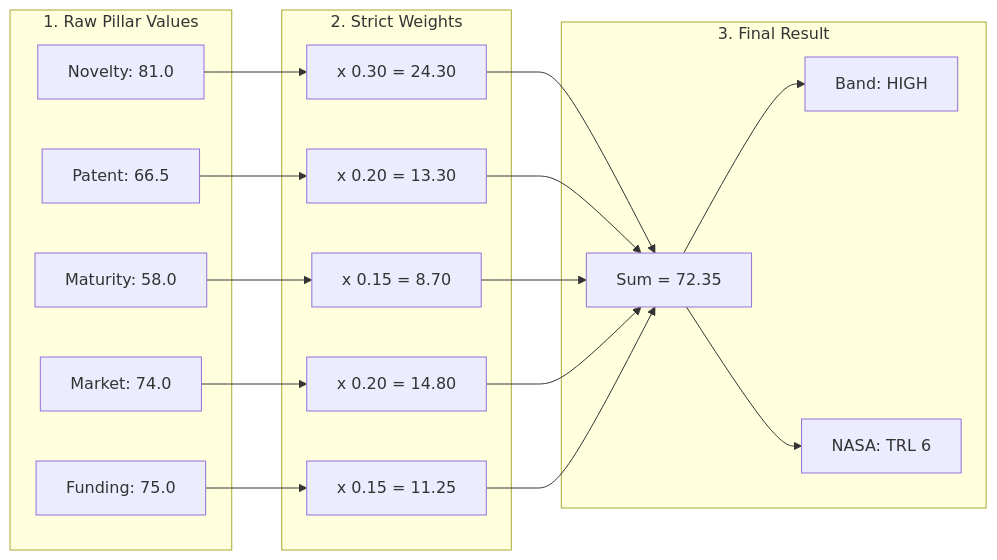
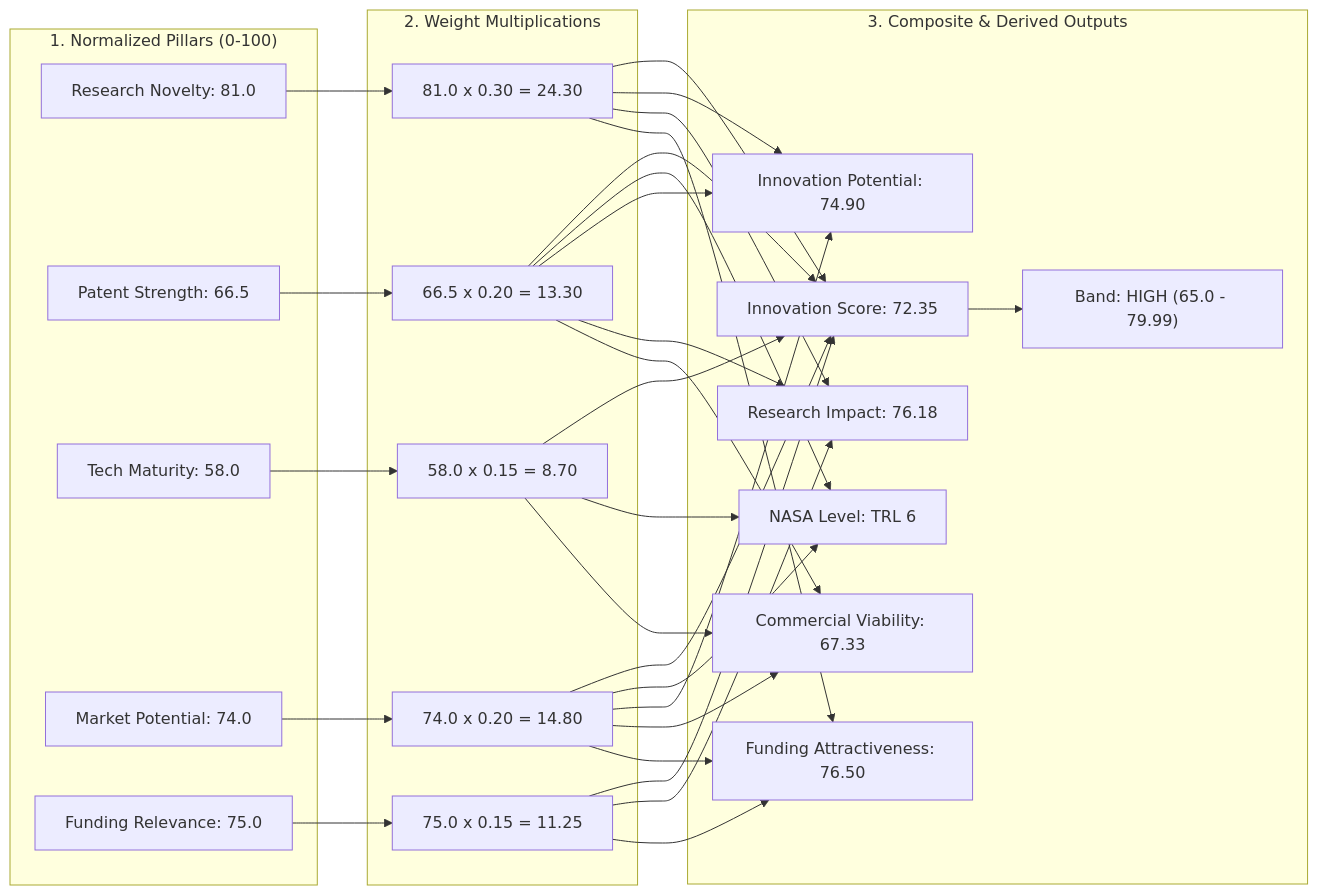
The third of 6 diagrams in docs/MEMBER_4_STANDALONE_SCORING_INTELLIGENCE.md (springboardmentor825/Research-Funding-Innovation-Team-3), drawn with Mermaid before and after one commit. The commit also changed other lines of this file, not shown here.

Commit message:
docs(member-4): add all working Mermaid diagrams for standalone intelligence

````diff
--- a/docs/MEMBER_4_STANDALONE_SCORING_INTELLIGENCE.md
+++ b/docs/MEMBER_4_STANDALONE_SCORING_INTELLIGENCE.md
@@ -85,31 +122,40 @@
 ```mermaid
 flowchart LR
-    subgraph Inputs["1. Raw Pillar Values"]
-        P1["Novelty: 81.0"]
-        P2["Patent: 66.5"]
-        P3["Maturity: 58.0"]
-        P4["Market: 74.0"]
-        P5["Funding: 75.0"]
+    subgraph Inputs["1. Normalized Pillars (0-100)"]
+        RN["Research Novelty: 81.0"]
+        PS["Patent Strength: 66.5"]
+        TM["Tech Maturity: 58.0"]
+        MP["Market Potential: 74.0"]
+        FR["Funding Relevance: 75.0"]
     end
 
-    subgraph Multipliers["2. Strict Weights"]
-        W1["x 0.30 = 24.30"]
-        W2["x 0.20 = 13.30"]
-        W3["x 0.15 = 8.70"]
-        W4["x 0.20 = 14.80"]
-        W5["x 0.15 = 11.25"]
+    subgraph Calculations["2. Weight Multiplications"]
+        C_RN["81.0 x 0.30 = 24.30"]
+        C_PS["66.5 x 0.20 = 13.30"]
+        C_TM["58.0 x 0.15 = 8.70"]
+        C_MP["74.0 x 0.20 = 14.80"]
+        C_FR["75.0 x 0.15 = 11.25"]
     end
 
-    subgraph Output["3. Final Result"]
-        SUM["Sum = 72.35"]
-        BAND["Band: HIGH"]
-        TRL["NASA: TRL 6"]
+    subgraph Results["3. Composite & Derived Outputs"]
+        TOTAL["Innovation Score: 72.35"]
+        BAND["Band: HIGH (65.0 - 79.99)"]
+        TRL["NASA Level: TRL 6"]
+        IP["Innovation Potential: 74.90"]
+        RI["Research Impact: 76.18"]
+        CV["Commercial Viability: 67.33"]
+        FA["Funding Attractiveness: 76.50"]
     end
 
-    P1 --> W1 --> SUM
-    P2 --> W2 --> SUM
-    P3 --> W3 --> SUM
-    P4 --> W4 --> SUM
-    P5 --> W5 --> SUM
-    SUM --> BAND & TRL
+    RN --> C_RN --> TOTAL
+    PS --> C_PS --> TOTAL
+    TM --> C_TM --> TOTAL
+    MP --> C_MP --> TOTAL
+    FR --> C_FR --> TOTAL
+    TOTAL --> BAND
+    C_TM & C_PS & C_MP --> TRL
+    C_RN & C_PS & C_MP --> IP
+    C_RN & C_PS & C_FR --> RI
+    C_MP & C_TM & C_PS --> CV
+    C_FR & C_RN & C_MP --> FA
 ```
````
